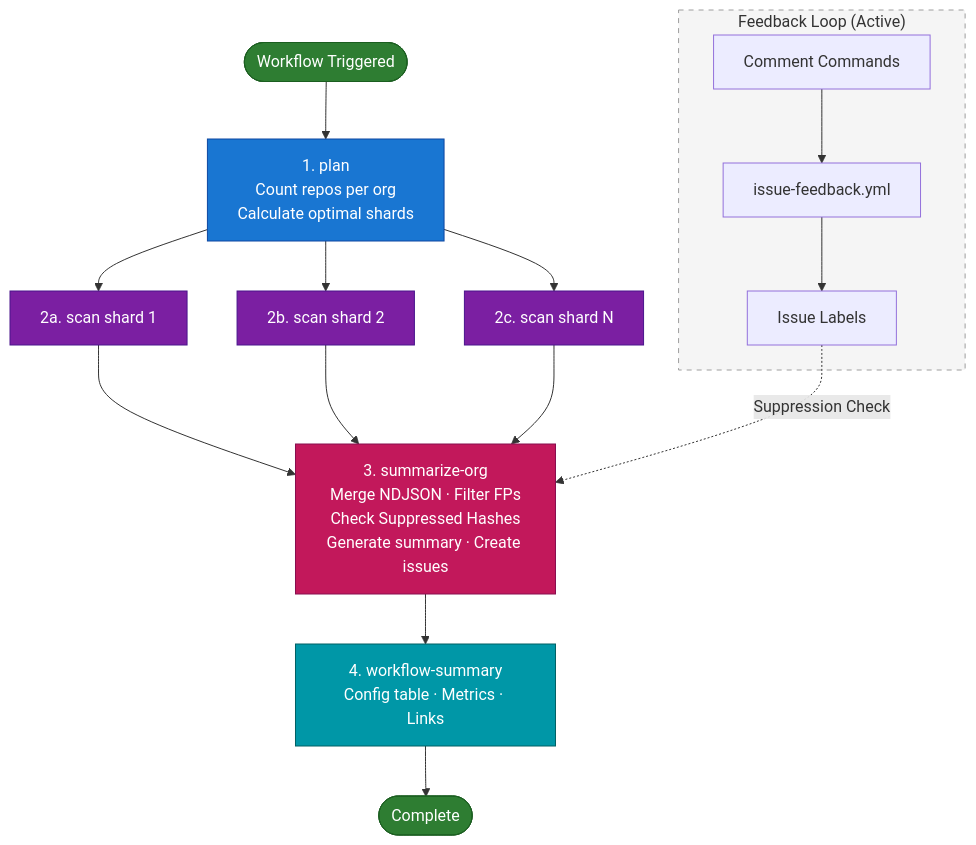
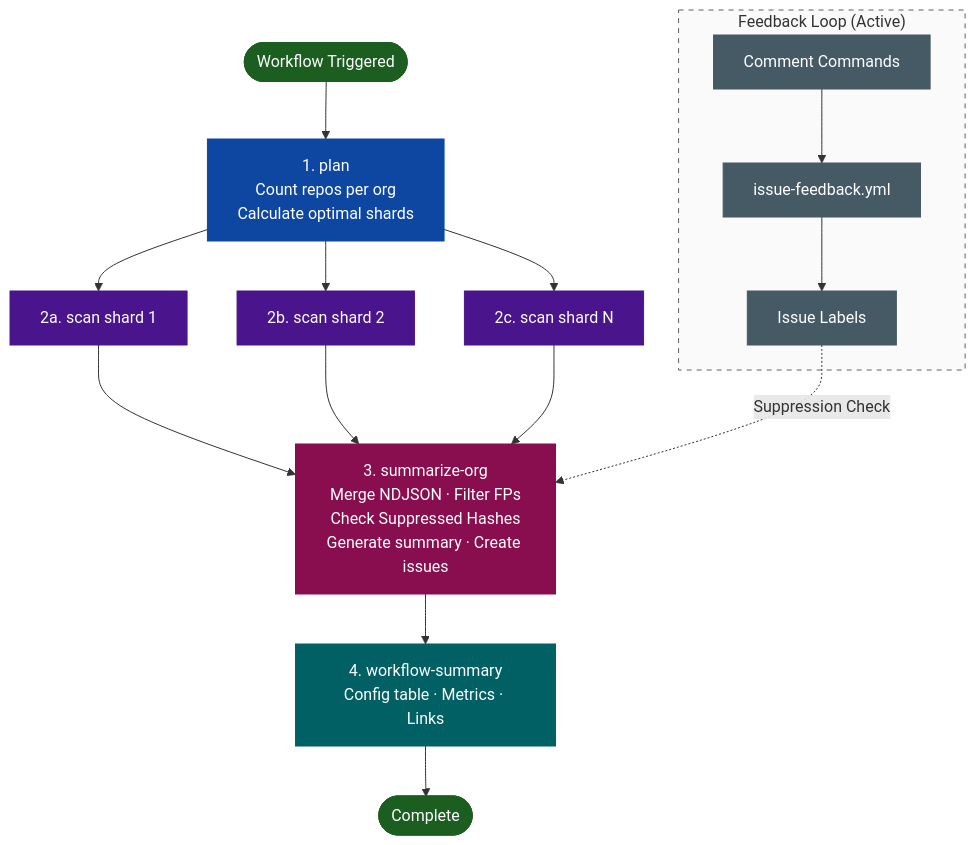
One commit to SpootyMcSpoot/trufflehogz changed the first of 2 diagrams in README.md. Above: the diagram before and after it, drawn with Mermaid. The commit also changed other lines of this file, not shown here.

Commit message:
Update Mermaid chart colors for better contrast and vibrancy

````diff
--- a/README.md
+++ b/README.md
@@ -64,32 +64,35 @@
 ```mermaid
 flowchart TD
     Start([Workflow Triggered]) --> Plan[1. plan<br/>Count repos per org<br/>Calculate optimal shards]
     Plan --> S1[2a. scan shard 1]
     Plan --> S2[2b. scan shard 2]
     Plan --> SN[2c. scan shard N]
     
     subgraph Feedback["Feedback Loop (Active)"]
         Labels[Issue Labels]
         Comments[Comment Commands]
         IFW[issue-feedback.yml]
         Comments --> IFW --> Labels
     end
 
     S1 --> Summarize[3. summarize-org<br/>Merge NDJSON · Filter FPs<br/>Check Suppressed Hashes<br/>Generate summary · Create issues]
     S2 --> Summarize
     SN --> Summarize
     Labels -.->|Suppression Check| Summarize
     
     Summarize --> WS[4. workflow-summary<br/>Config table · Metrics · Links]
     WS --> End([Complete])
 
-    style Start fill:#2e7d32,stroke:#1b5e20,color:#fff
-    style End fill:#2e7d32,stroke:#1b5e20,color:#fff
-    style Plan fill:#1976d2,stroke:#0d47a1,color:#fff
-    style S1 fill:#7b1fa2,stroke:#4a148c,color:#fff
-    style S2 fill:#7b1fa2,stroke:#4a148c,color:#fff
-    style SN fill:#7b1fa2,stroke:#4a148c,color:#fff
-    style Summarize fill:#c2185b,stroke:#880e4f,color:#fff
-    style WS fill:#0097a7,stroke:#006064,color:#fff
-    style Feedback fill:#f5f5f5,stroke:#9e9e9e,stroke-dasharray: 5 5
+    style Start fill:#1b5e20,stroke:#1b5e20,color:#fff
+    style End fill:#1b5e20,stroke:#1b5e20,color:#fff
+    style Plan fill:#0d47a1,stroke:#0d47a1,color:#fff
+    style S1 fill:#4a148c,stroke:#4a148c,color:#fff
+    style S2 fill:#4a148c,stroke:#4a148c,color:#fff
+    style SN fill:#4a148c,stroke:#4a148c,color:#fff
+    style Summarize fill:#880e4f,stroke:#880e4f,color:#fff
+    style WS fill:#006064,stroke:#006064,color:#fff
+    style Feedback fill:#fafafa,stroke:#616161,stroke-dasharray: 5 5
+    style Labels fill:#455a64,stroke:#455a64,color:#fff
+    style Comments fill:#455a64,stroke:#455a64,color:#fff
+    style IFW fill:#455a64,stroke:#455a64,color:#fff
 ```
````
